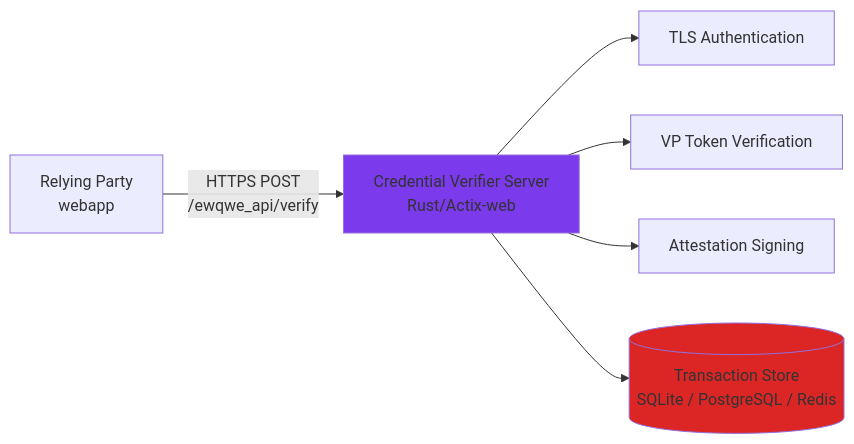
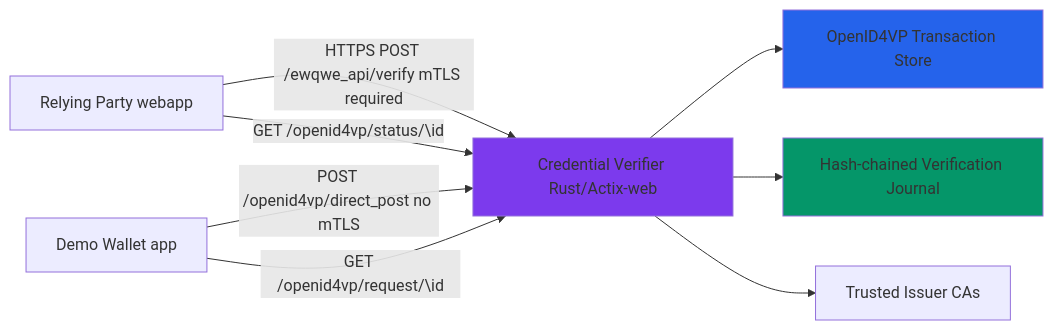
Before and after one commit to rd-ewqwe/ewqwe-identity: the diagram in documentation/src/credential_verifier_server.md, drawn with Mermaid. The commit also changed other lines of this file and 20 other files, not shown here.

````diff
--- a/documentation/src/credential_verifier_server.md
+++ b/documentation/src/credential_verifier_server.md
@@ -18,18 +18,22 @@
 ```mermaid
 flowchart LR
-    RP[Relying Party<br/>webapp]
-    Verifier[Credential Verifier Server<br/>Rust/Actix-web]
-    TLS[TLS Authentication]
-    VP[VP Token Verification]
-    Sign[Attestation Signing]
-    Store[(Transaction Store<br/>SQLite / PostgreSQL / Redis)]
+    RP[Relying Party webapp]
+    Wallet[Demo Wallet app]
+    Verifier[Credential Verifier Rust/Actix-web]
+    IDP[OpenID4VP Transaction Store]
+    Journal[Hash-chained Verification Journal]
+    CA[Trusted Issuer CAs]
 
-    RP -->|HTTPS POST<br/>/ewqwe_api/verify| Verifier
-    Verifier --> TLS
-    Verifier --> VP
-    Verifier --> Sign
-    Verifier --> Store
+    RP -->|HTTPS POST /ewqwe_api/verify mTLS required| Verifier
+    Wallet -->|POST /openid4vp/direct_post no mTLS| Verifier
+    Wallet -->|GET /openid4vp/request/\id| Verifier
+    RP -->|GET /openid4vp/status/\id| Verifier
+    
+    Verifier --> IDP
+    Verifier --> Journal
+    Verifier --> CA
 
     style Verifier fill:#7c3aed
-    style Store fill:#dc2626
+    style IDP fill:#2563eb
+    style Journal fill:#059669
 ```
````
